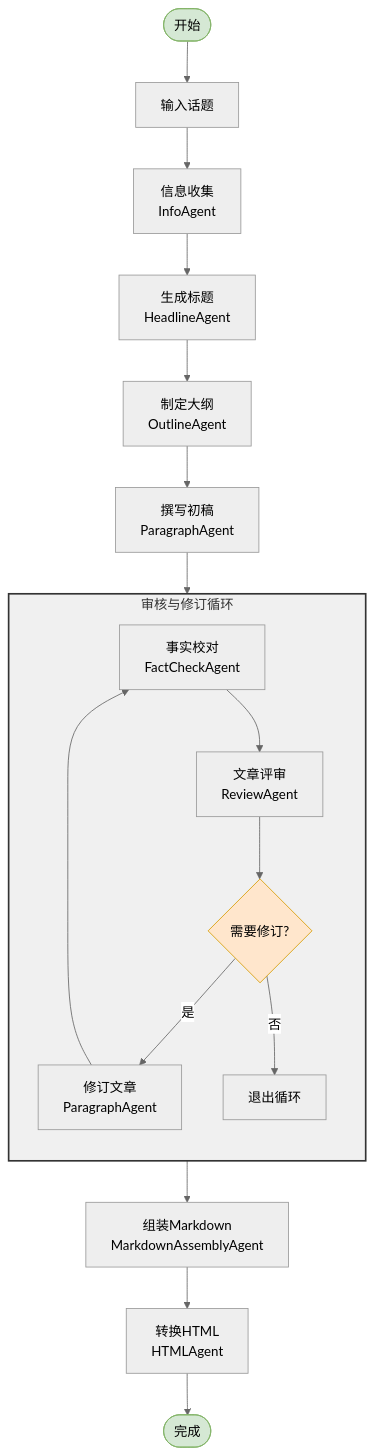
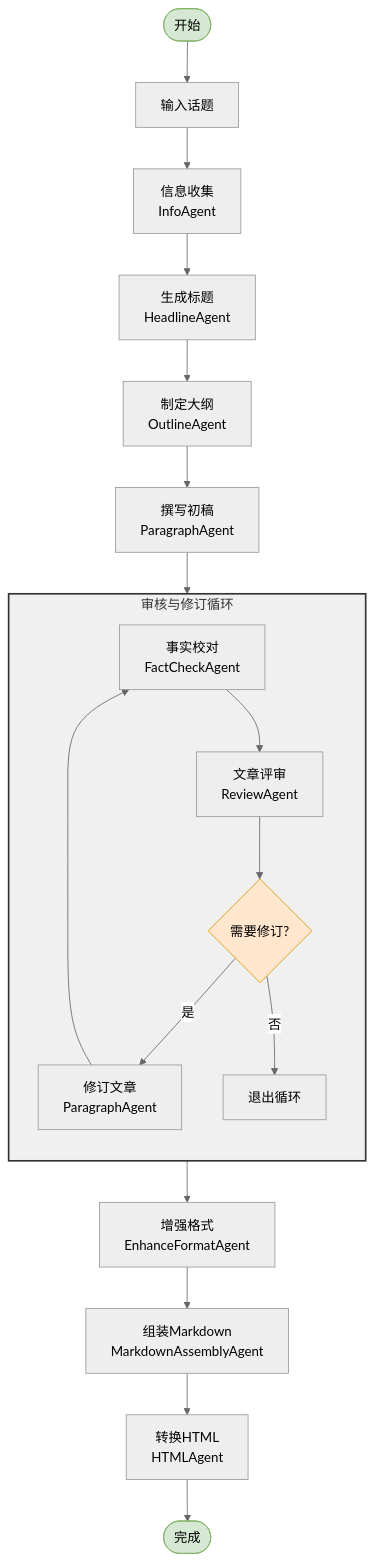
The diagram in README.md (Beriholic/AiNewsGenerator), drawn with Mermaid (neutral theme) before and after one commit. The commit also changed 6 other files, not shown here.

Commit message:
feat :sparkles:(format): add enhance format agent and improve paragraph prompts

````diff
--- a/README.md
+++ b/README.md
@@ -94,27 +94,28 @@
 ```mermaid
 flowchart TB
     Start([开始]) --> Input[输入话题]
     Input --> Info[信息收集<br>InfoAgent]
     Info --> Headline[生成标题<br>HeadlineAgent]
     Headline --> Outline[制定大纲<br>OutlineAgent]
     Outline --> Draft[撰写初稿<br>ParagraphAgent]
     
     subgraph Review[审核与修订循环]
         direction TB
         FactCheck[事实校对<br>FactCheckAgent] --> ReviewProcess[文章评审<br>ReviewAgent]
         ReviewProcess --> Decision{需要修订?}
         Decision -->|是| Revise[修订文章<br>ParagraphAgent]
         Revise --> FactCheck
         Decision -->|否| Exit[退出循环]
     end
     
     Draft --> Review
-    Exit --> Assembly[组装Markdown<br>MarkdownAssemblyAgent]
+    Exit --> EnhanceFormat[增强格式<br>EnhanceFormatAgent]
+    EnhanceFormat --> Assembly[组装Markdown<br>MarkdownAssemblyAgent]
     Assembly --> HTML[转换HTML<br>HTMLAgent]
     HTML --> Final([完成])
 
     style Review fill:#f0f0f0,stroke:#333,stroke-width:2px
     style Decision fill:#ffe6cc,stroke:#d79b00
     style Start fill:#d5e8d4,stroke:#82b366
     style Final fill:#d5e8d4,stroke:#82b366
 ```
````
